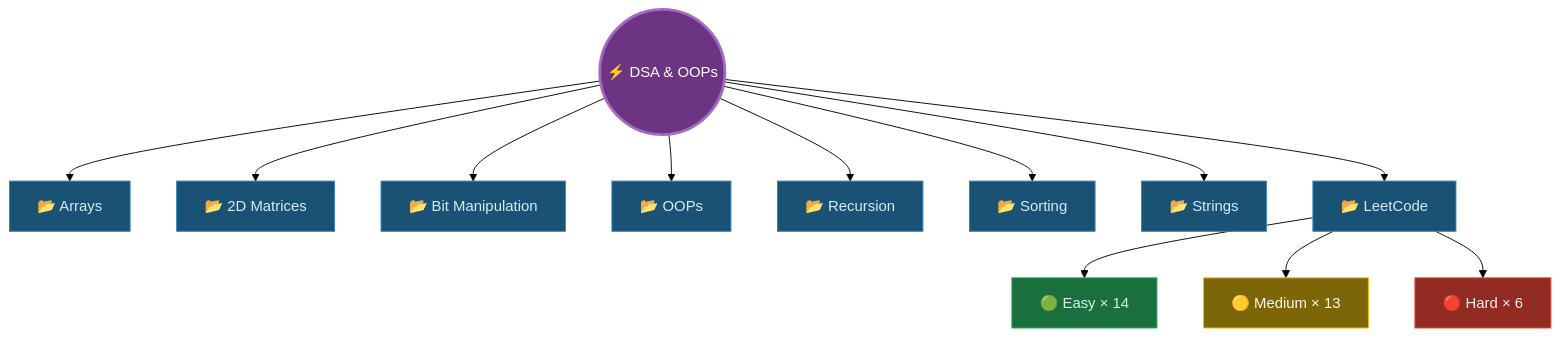
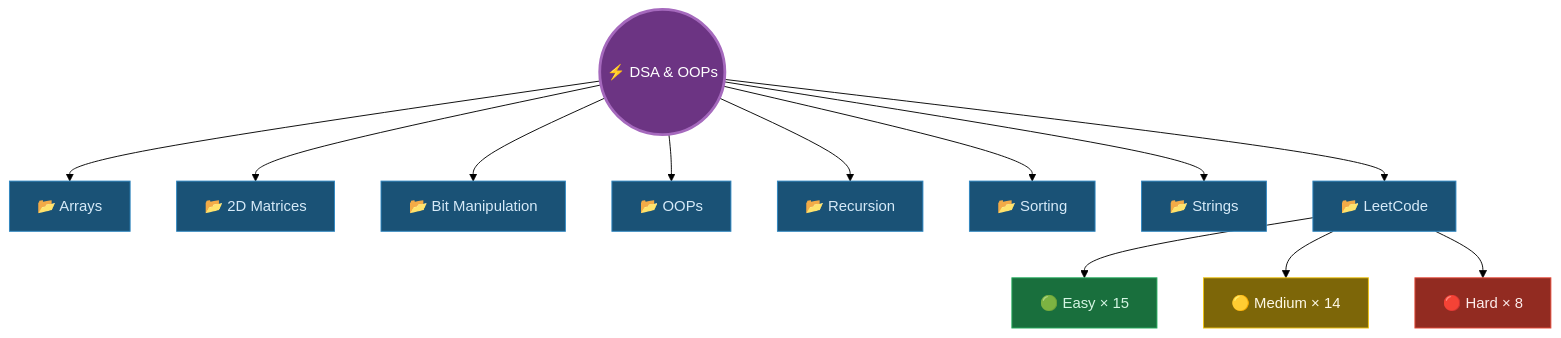
The diagram in README.md (raghuvanshi-sec/DSA), drawn with Mermaid (forest theme) before and after one commit. The commit also changed other lines of this file and 8 other files, not shown here.

````diff
--- a/README.md
+++ b/README.md
@@ -75,30 +74,30 @@
 ```mermaid
 graph TD
     R(("⚡ DSA & OOPs"))
 
     R --> A["📂 Arrays"]
     R --> M["📂 2D Matrices"]
     R --> B["📂 Bit Manipulation"]
     R --> O["📂 OOPs"]
     R --> REC["📂 Recursion"]
     R --> S["📂 Sorting"]
     R --> ST["📂 Strings"]
     R --> LC["📂 LeetCode"]
 
-    LC --> E["🟢 Easy × 14"]
-    LC --> MD["🟡 Medium × 13"]
-    LC --> H["🔴 Hard × 6"]
+    LC --> E["🟢 Easy × 15"]
+    LC --> MD["🟡 Medium × 14"]
+    LC --> H["🔴 Hard × 8"]
 
     style R fill:#6c3483,stroke:#a569bd,stroke-width:3px,color:#fff
     style A fill:#1a5276,stroke:#2e86c1,color:#d6eaf8
     style M fill:#1a5276,stroke:#2e86c1,color:#d6eaf8
     style B fill:#1a5276,stroke:#2e86c1,color:#d6eaf8
     style O fill:#1a5276,stroke:#2e86c1,color:#d6eaf8
     style REC fill:#1a5276,stroke:#2e86c1,color:#d6eaf8
     style S fill:#1a5276,stroke:#2e86c1,color:#d6eaf8
     style ST fill:#1a5276,stroke:#2e86c1,color:#d6eaf8
     style LC fill:#1a5276,stroke:#2e86c1,color:#d6eaf8
     style E fill:#196f3d,stroke:#27ae60,color:#d5f5e3
     style MD fill:#7d6608,stroke:#f1c40f,color:#fef9e7
     style H fill:#922b21,stroke:#e74c3c,color:#fdedec
 ```
````
